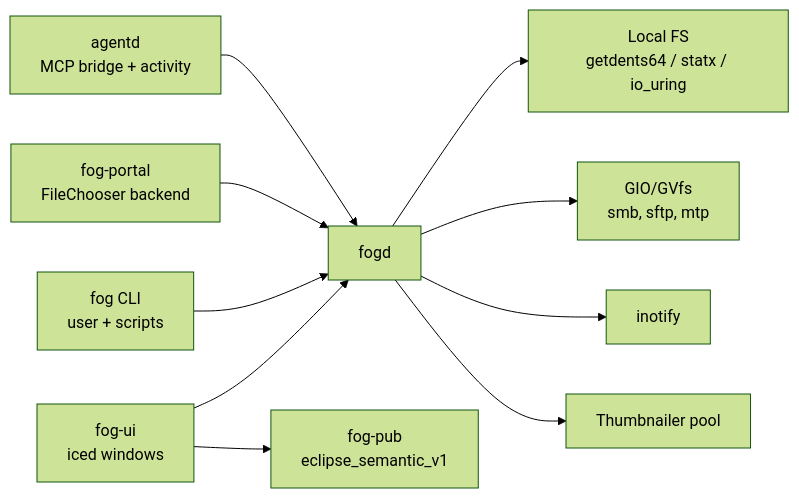
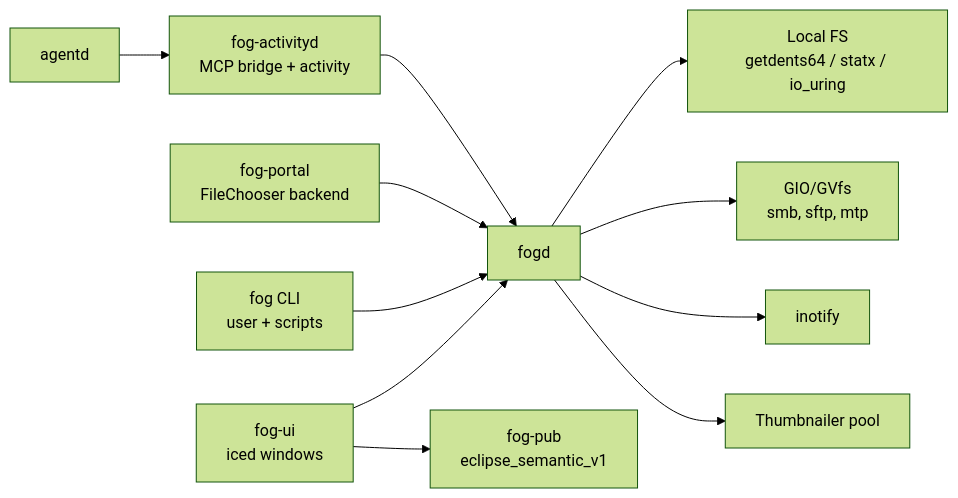
One commit to chasebrowndev/EclipseOS changed the first of 2 diagrams in FogFileExplorer/FOG-SPEC.md. Above: the diagram before and after it, drawn with Mermaid (forest theme). The commit also changed other lines of this file and 7 other files, not shown here.

````diff
--- a/FogFileExplorer/FOG-SPEC.md
+++ b/FogFileExplorer/FOG-SPEC.md
@@ -72,12 +73,12 @@
 ```mermaid
 flowchart LR
   UI[fog-ui<br/>iced windows] --> D
   CLI[fog CLI<br/>user + scripts] --> D
   P[fog-portal<br/>FileChooser backend] --> D
-  AG[agentd<br/>MCP bridge + activity] --> D
+  AG[agentd] --> FA[fog-activityd<br/>MCP bridge + activity] --> D
   D[fogd] --> FS[Local FS<br/>getdents64 / statx / io_uring]
   D --> G[GIO/GVfs<br/>smb, sftp, mtp]
   D --> W[inotify]
   D --> T[Thumbnailer pool]
   UI --> PUB[fog-pub<br/>eclipse_semantic_v1]
 ```
````
